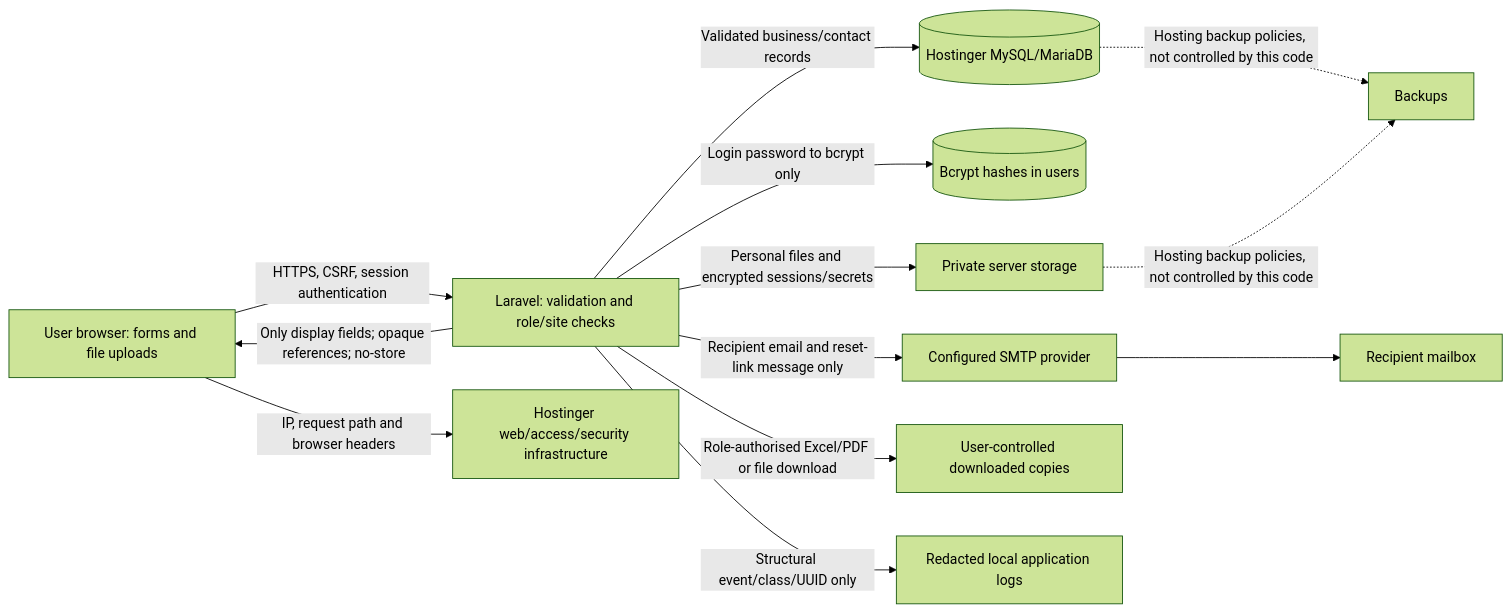
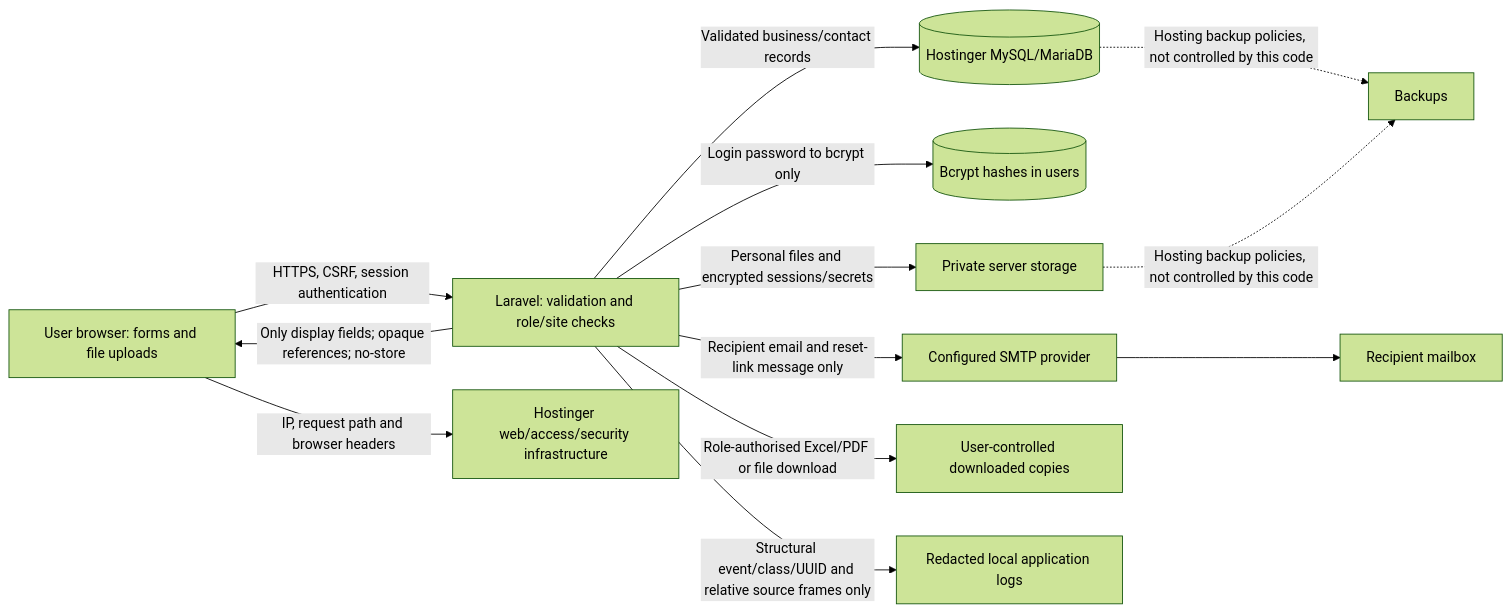
Before and after one commit to Aashish2303/Site-Track: the diagram in docs/privacy-audit.md, drawn with Mermaid (forest theme). The commit also changed other lines of this file and 115 other files, not shown here.

````diff
--- a/docs/privacy-audit.md
+++ b/docs/privacy-audit.md
@@ -9,15 +9,15 @@
 ```mermaid
 flowchart LR
   B[User browser: forms and file uploads] -->|HTTPS, CSRF, session authentication| A[Laravel: validation and role/site checks]
   A -->|Validated business/contact records| D[(Hostinger MySQL/MariaDB)]
   A -->|Login password to bcrypt only| H[(Bcrypt hashes in users)]
   A -->|Personal files and encrypted sessions/secrets| F[Private server storage]
   A -->|Only display fields; opaque references; no-store| B
   A -->|Recipient email and reset-link message only| M[Configured SMTP provider]
   M --> U[Recipient mailbox]
   A -->|Role-authorised Excel/PDF or file download| X[User-controlled downloaded copies]
-  A -->|Structural event/class/UUID only| L[Redacted local application logs]
+  A -->|Structural event/class/UUID and relative source frames only| L[Redacted local application logs]
   B -->|IP, request path and browser headers| W[Hostinger web/access/security infrastructure]
   D -. Hosting backup policies, not controlled by this code .-> K[Backups]
   F -. Hosting backup policies, not controlled by this code .-> K
 ```
````
